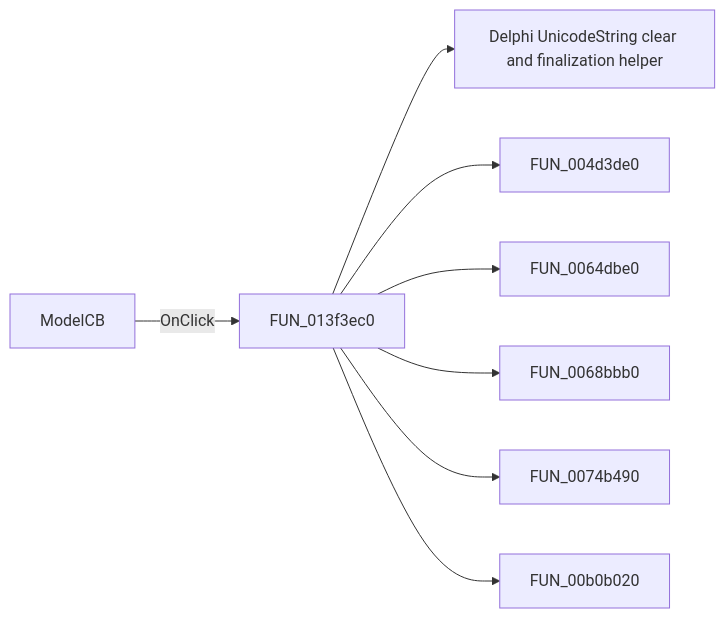
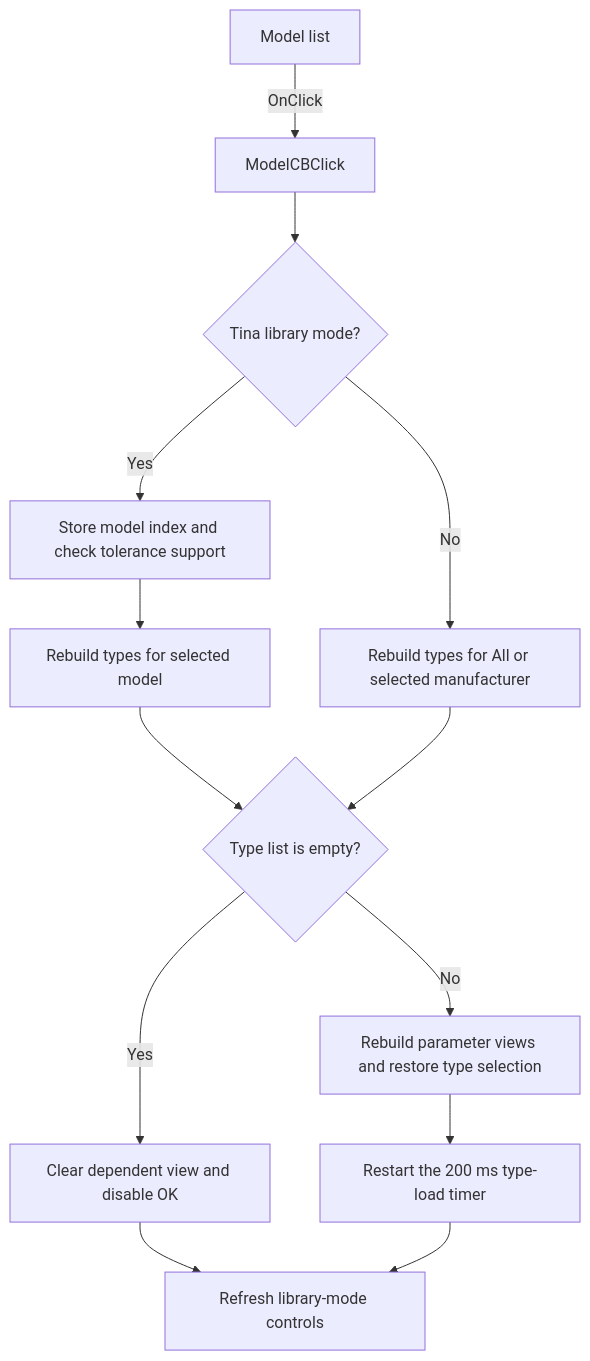
Before and after one commit to MovGP0/TIARA: the diagram in docs/ui-controls/tlrcatalogeditordlg/modelcb-78d67ea256.md, drawn with Mermaid. The commit also changed other lines of this file and 1062 other files, not shown here.

````diff
--- a/docs/ui-controls/tlrcatalogeditordlg/modelcb-78d67ea256.md
+++ b/docs/ui-controls/tlrcatalogeditordlg/modelcb-78d67ea256.md
@@ -27,10 +31,15 @@
 ```mermaid
-flowchart LR
-    control["ModelCB"] -->|OnClick| handler["FUN_013f3ec0"]
-    handler --> call1["Delphi UnicodeString clear and finalization helper"]
-    handler --> call2["FUN_004d3de0"]
-    handler --> call3["FUN_0064dbe0"]
-    handler --> call4["FUN_0068bbb0"]
-    handler --> call5["FUN_0074b490"]
-    handler --> call6["FUN_00b0b020"]
+flowchart TD
+    control["Model list"] -->|OnClick| handler["ModelCBClick"]
+    handler --> mode{"Tina library mode?"}
+    mode -->|Yes| model["Store model index and check tolerance support"]
+    model --> modelTypes["Rebuild types for selected model"]
+    mode -->|No| libraryTypes["Rebuild types for All or selected manufacturer"]
+    modelTypes --> available{"Type list is empty?"}
+    libraryTypes --> available
+    available -->|Yes| empty["Clear dependent view and disable OK"]
+    available -->|No| rebuild["Rebuild parameter views and restore type selection"]
+    rebuild --> timer["Restart the 200 ms type-load timer"]
+    empty --> refresh["Refresh library-mode controls"]
+    timer --> refresh
 ```
````
